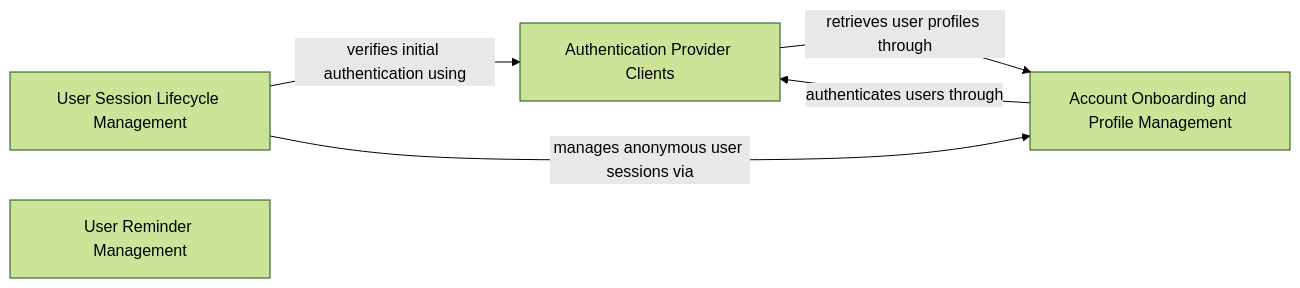
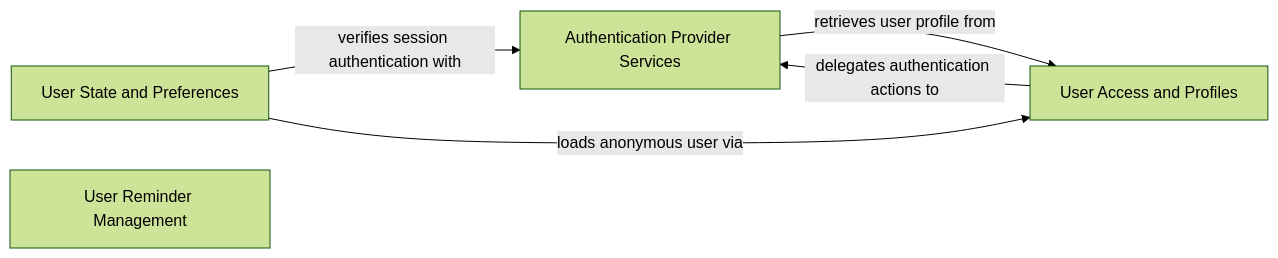
The diagram in .codeboarding/Authentication_Application_Services.md (CodeBoarding/AppFlowy), drawn with Mermaid (forest theme) before and after one commit. The commit also changed other lines of this file and 44 other files, not shown here.

First line of the commit message:
docs: regenerate Dart-only AppFlowy architecture with CodeBoarding#618 head 1caf6c32

````diff
--- a/.codeboarding/Authentication_Application_Services.md
+++ b/.codeboarding/Authentication_Application_Services.md
@@ -1,11 +1,11 @@
 ```mermaid
 graph LR
-    Authentication_Provider_Clients["Authentication Provider Clients"]
-    User_Session_Lifecycle_Management["User Session Lifecycle Management"]
-    Account_Onboarding_and_Profile_Management["Account Onboarding and Profile Management"]
+    Authentication_Provider_Services["Authentication Provider Services"]
+    User_State_and_Preferences["User State and Preferences"]
+    User_Access_and_Profiles["User Access and Profiles"]
     User_Reminder_Management["User Reminder Management"]
-    Authentication_Provider_Clients -- "retrieves user profiles through" --> Account_Onboarding_and_Profile_Management
-    User_Session_Lifecycle_Management -- "verifies initial authentication using" --> Authentication_Provider_Clients
-    User_Session_Lifecycle_Management -- "manages anonymous user sessions via" --> Account_Onboarding_and_Profile_Management
-    Account_Onboarding_and_Profile_Management -- "authenticates users through" --> Authentication_Provider_Clients
+    Authentication_Provider_Services -- "retrieves user profile from" --> User_Access_and_Profiles
+    User_State_and_Preferences -- "verifies session authentication with" --> Authentication_Provider_Services
+    User_State_and_Preferences -- "loads anonymous user via" --> User_Access_and_Profiles
+    User_Access_and_Profiles -- "delegates authentication actions to" --> Authentication_Provider_Services
 ```
````
